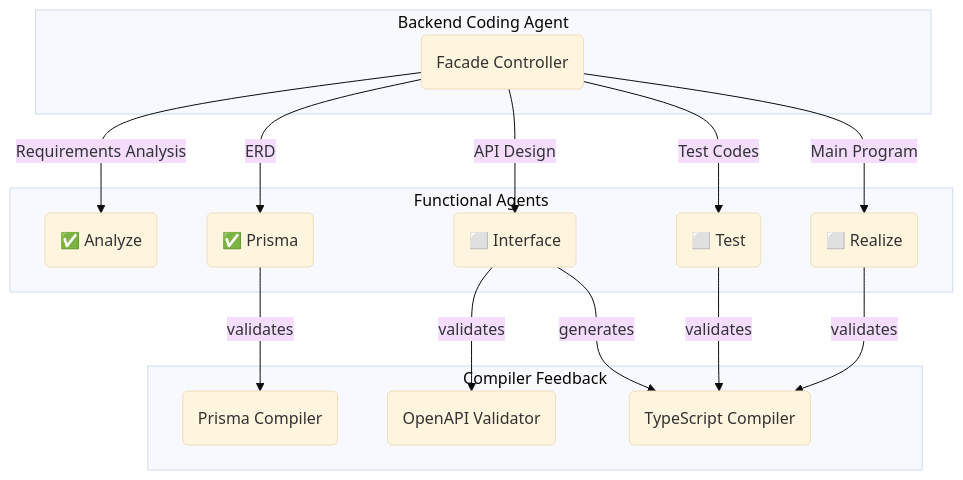
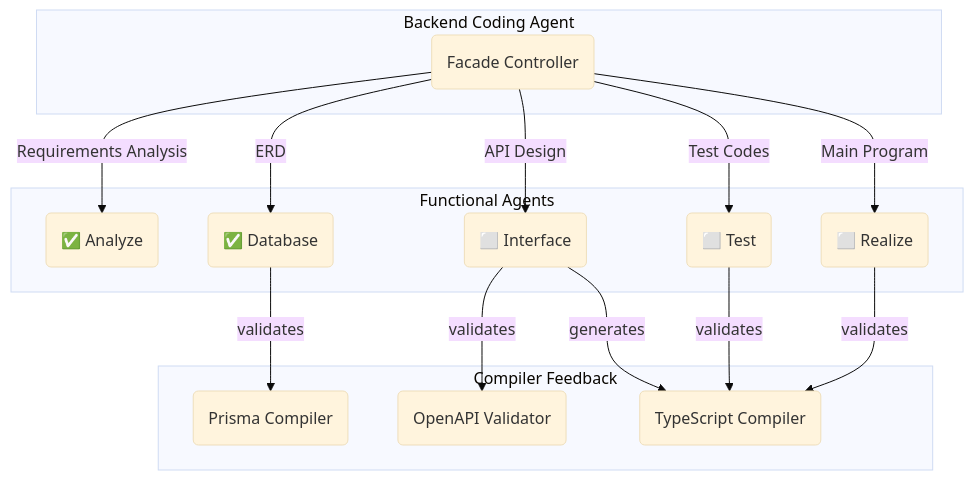
One commit to wrtnlabs/autobe-examples changed the diagram in qwen/qwen3-coder-exacto/bbs/README.md. Above: the diagram before and after it, drawn with Mermaid (base theme). The commit also changed other lines of this file and 9391 other files, not shown here.

````diff
--- a/qwen/qwen3-coder-exacto/bbs/README.md
+++ b/qwen/qwen3-coder-exacto/bbs/README.md
@@ -14,20 +14,20 @@
 ```mermaid
 flowchart
 subgraph "Backend Coding Agent"
   coder("Facade Controller")
 end
 subgraph "Functional Agents"
   coder --"Requirements Analysis"--> analyze("✅ Analyze")
-  coder --"ERD"--> prisma("✅ Prisma")
+  coder --"ERD"--> database("✅ Database")
   coder --"API Design"--> interface("⬜ Interface")
   coder --"Test Codes" --> test("⬜ Test")
   coder --"Main Program" --> realize("⬜ Realize")
 end
 subgraph "Compiler Feedback"
-  prisma --"validates" --> prismaCompiler("Prisma Compiler")
+  database --"validates" --> prismaCompiler("Prisma Compiler")
   interface --"validates" --> openapiValidator("OpenAPI Validator")
   interface --"generates" --> tsCompiler("TypeScript Compiler")
   test --"validates" --> tsCompiler("TypeScript Compiler")
   realize --"validates" --> tsCompiler("TypeScript Compiler")
 end
 ```
````
